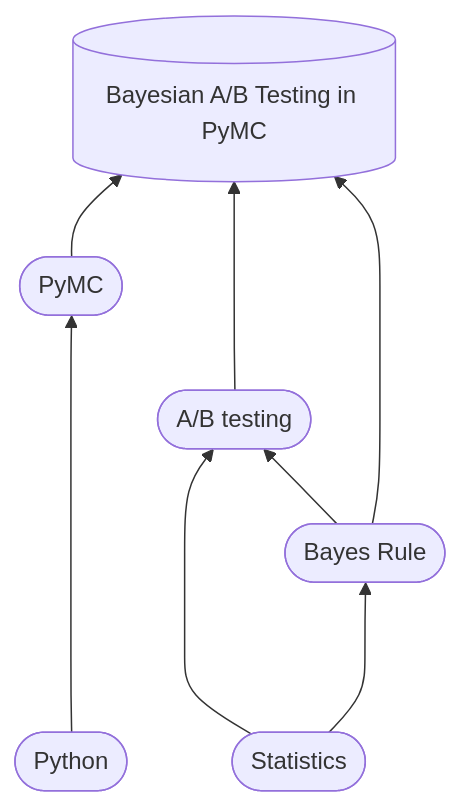
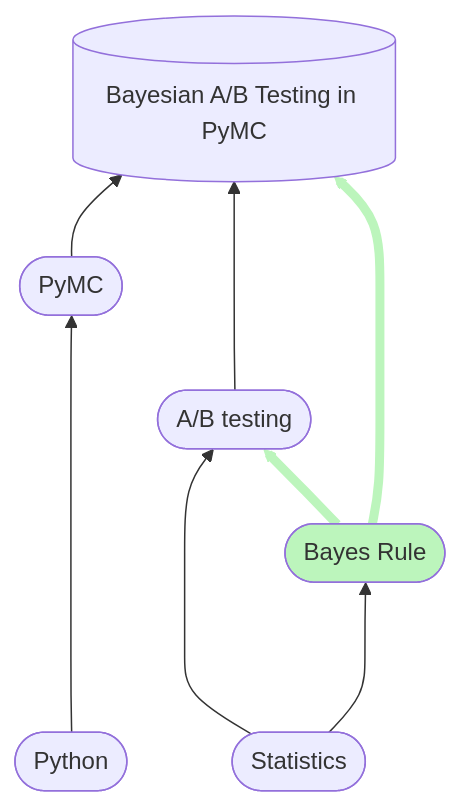
Before and after one commit to epfl-exts/WEF-workshop-2023: the diagram in Day1-03/slide.qmd, drawn with Mermaid. The commit also changed other lines of this file and 4 other files, not shown here.

````diff
--- a/Day1-03/slide.qmd
+++ b/Day1-03/slide.qmd
@@ -46,10 +46,22 @@
 ```{mermaid}
+
 flowchart BT
-  A([Python]) -----> E([PyMC])
-  B([Statistics]) ---> D([A/B testing]) 
-  B([Statistics]) ---> C([Bayes Rule]) 
-  C([Bayes Rule]) --> D([A/B testing])  
-  C([Bayes Rule]) ---> F[(Bayesian A/B Testing in PyMC)]
-  E([PyMC]) --> F[(Bayesian A/B Testing in PyMC)]
-  D([A/B testing])  ---> F[(Bayesian A/B Testing in PyMC)]
+    A([Python]) -----> E([PyMC])
+    B([Statistics])--->D([A/B testing]) 
+    B([Statistics]) ---> C([Bayes Rule]) 
+    C([Bayes Rule]) --> D([A/B testing])  
+    C([Bayes Rule]) ---> F[(Bayesian A/B Testing in PyMC)]
+    E([PyMC]) --> F[(Bayesian A/B Testing in PyMC)]
+    D([A/B testing])  ---> F[(Bayesian A/B Testing in PyMC)]
+    click A "https://github.com/epfl-exts/WEF-workshop-2023/tree/main/Day1-01"
+    click B "https://github.com/epfl-exts/WEF-workshop-2023/tree/main/Day1-02"
+    click C "https://github.com/epfl-exts/WEF-workshop-2023/tree/main/Day1-03"
+    click D "https://github.com/epfl-exts/WEF-workshop-2023/tree/main/Day1-04"
+    click E "https://github.com/epfl-exts/WEF-workshop-2023/tree/main/Day2-01"
+    click F "https://github.com/epfl-exts/WEF-workshop-2023/tree/main/Day2-01"
+    linkStyle 3,4 stroke:#bcf5bc,stroke-width:6px
+%%    style A fill:#bcf5bc
+%%    style B fill:#bcf5bc
+    style C fill:#bcf5bc
+%%    style D fill:#bcf5bc
 ```
````
